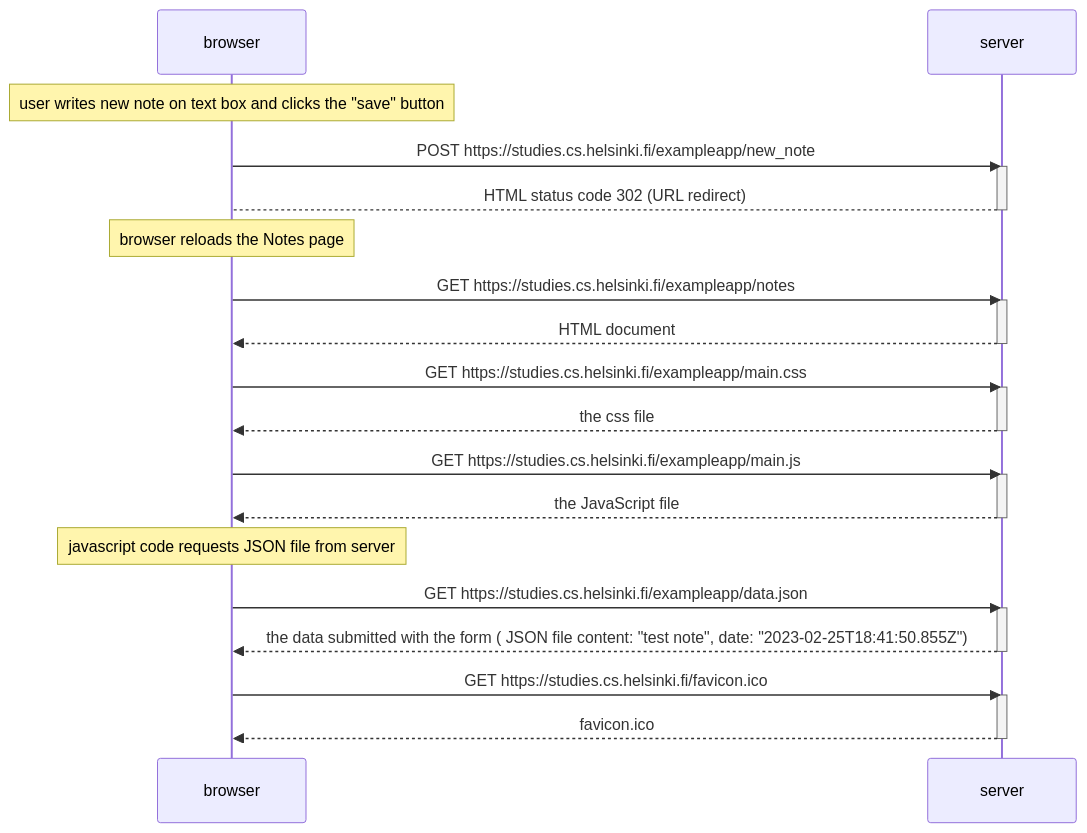
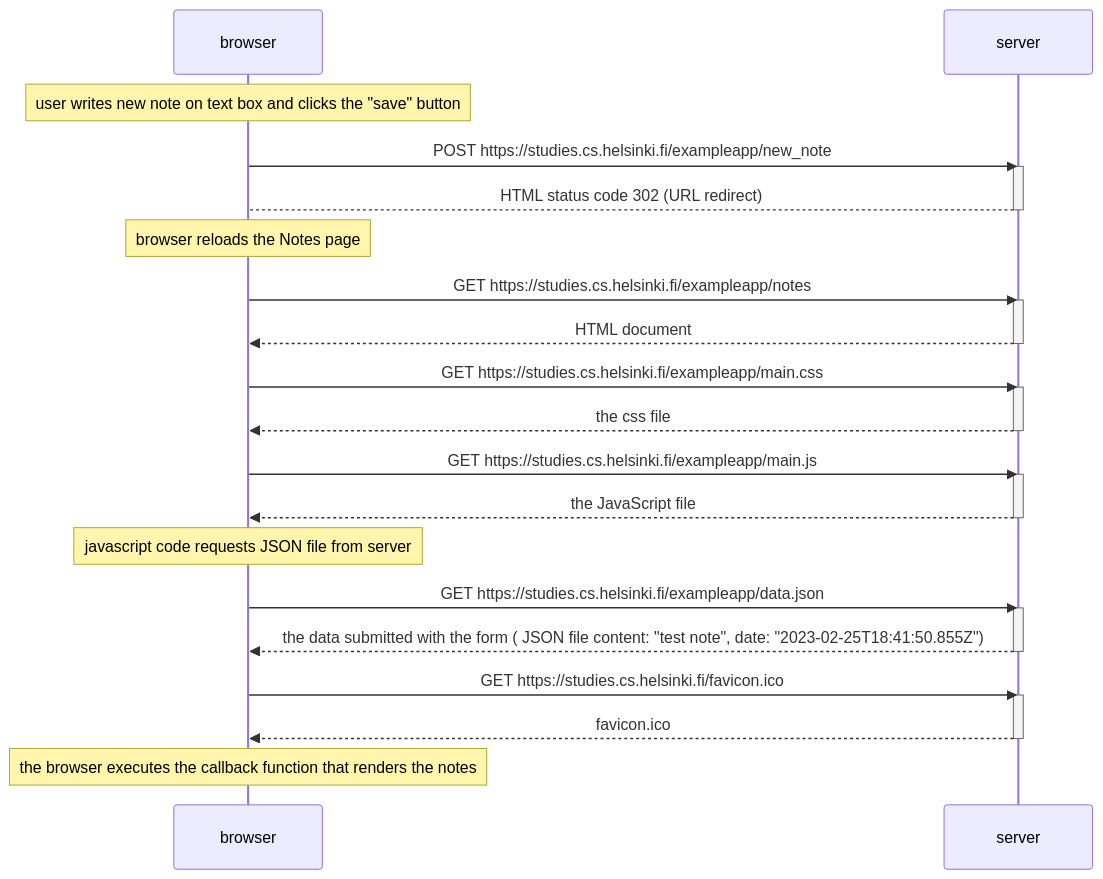
One commit to PieMenard/fullstackopen changed the diagram in part0/04-New-note-diagram.md. Above: the diagram before and after it, drawn with Mermaid.

````diff
--- a/part0/04-New-note-diagram.md
+++ b/part0/04-New-note-diagram.md
@@ -1,34 +1,36 @@
 ```mermaid
 sequenceDiagram
     Note over browser:  user writes new note on text box and clicks the "save" button
     browser->>server: POST https://studies.cs.helsinki.fi/exampleapp/new_note
     activate server
     server-->browser: HTML status code 302 (URL redirect)
     deactivate server
+    
     Note over browser: browser reloads the Notes page
     browser->>server: GET https://studies.cs.helsinki.fi/exampleapp/notes
     activate server
     server-->>browser: HTML document
     deactivate server
+    
     browser->>server: GET https://studies.cs.helsinki.fi/exampleapp/main.css
     activate server
     server-->>browser: the css file
     deactivate server
+    
     browser->>server: GET https://studies.cs.helsinki.fi/exampleapp/main.js
     activate server
     server-->>browser: the JavaScript file
     deactivate server
-    
-    
+        
     Note over browser: javascript code requests JSON file from server
     browser->>server: GET https://studies.cs.helsinki.fi/exampleapp/data.json
     activate server
     server-->>browser: the data submitted with the form ( JSON file content: "test note", date: "2023-02-25T18:41:50.855Z")
     deactivate server
+    
     browser->>server: GET https://studies.cs.helsinki.fi/favicon.ico
     activate server
     server-->>browser: favicon.ico
     deactivate server
-    
-    
+    Note over browser:the browser executes the callback function that renders the notes
 ```
````
